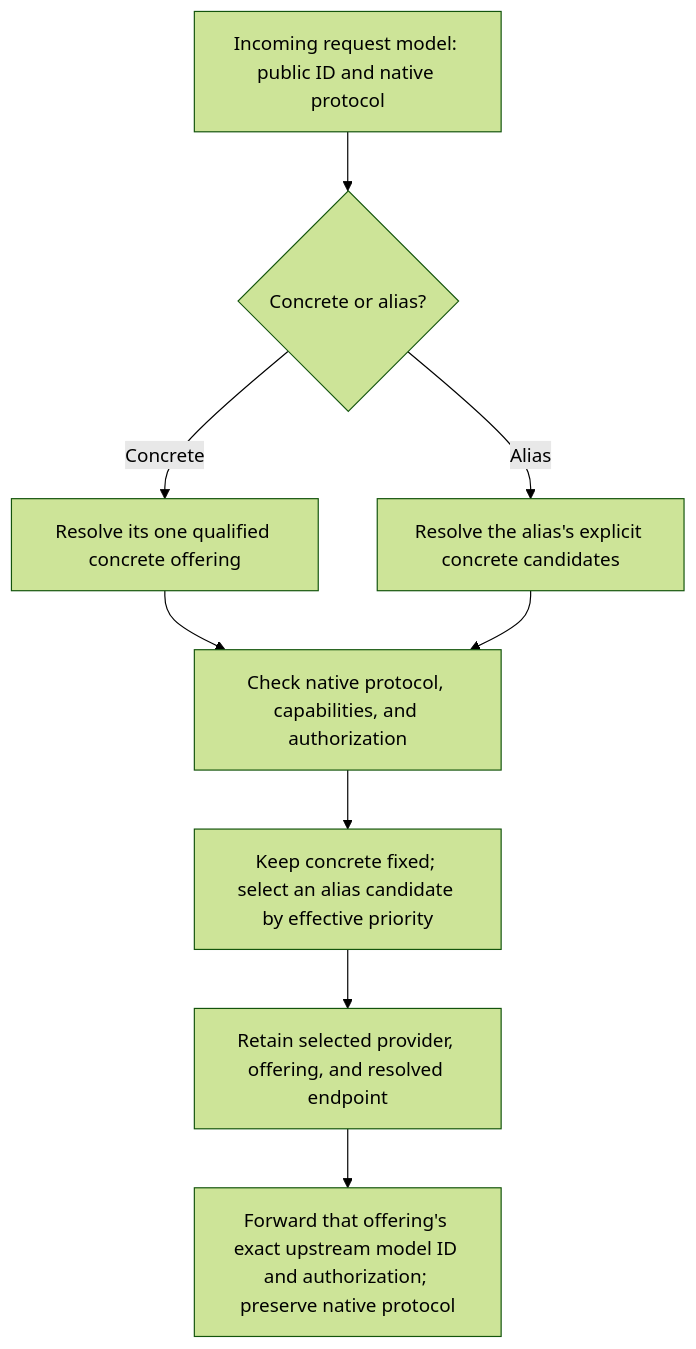
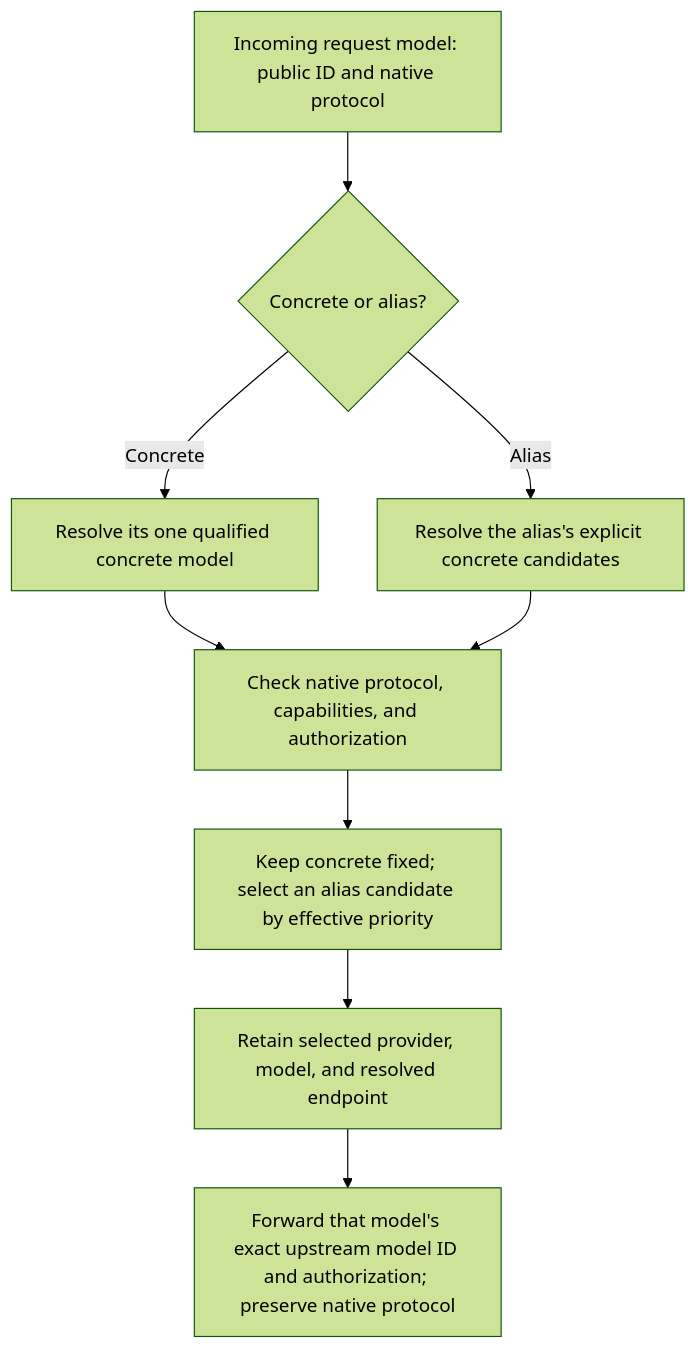
Before and after one commit to suraciii/tmax: the diagram in specs/model-routing/spec.md, drawn with Mermaid (forest theme). The commit also changed other lines of this file and 33 other files, not shown here.

First line of the commit message:
refactor(domain): unify provider-owned model vocabulary

````diff
--- a/specs/model-routing/spec.md
+++ b/specs/model-routing/spec.md
@@ -497,11 +499,11 @@
 ```mermaid
 flowchart TB
     Request["Incoming request model: public ID and native protocol"] --> Kind{"Concrete or alias?"}
-    Kind -->|Concrete| Fixed["Resolve its one qualified concrete offering"]
+    Kind -->|Concrete| Fixed["Resolve its one qualified concrete model"]
     Kind -->|Alias| Candidates["Resolve the alias's explicit concrete candidates"]
     Fixed --> Eligible["Check native protocol, capabilities, and authorization"]
     Candidates --> Eligible
     Eligible --> Model["Keep concrete fixed; select an alias candidate by effective priority"]
-    Model --> Destination["Retain selected provider, offering, and resolved endpoint"]
-    Destination --> Dispatch["Forward that offering's exact upstream model ID and authorization; preserve native protocol"]
+    Model --> Destination["Retain selected provider, model, and resolved endpoint"]
+    Destination --> Dispatch["Forward that model's exact upstream model ID and authorization; preserve native protocol"]
 ```
````
